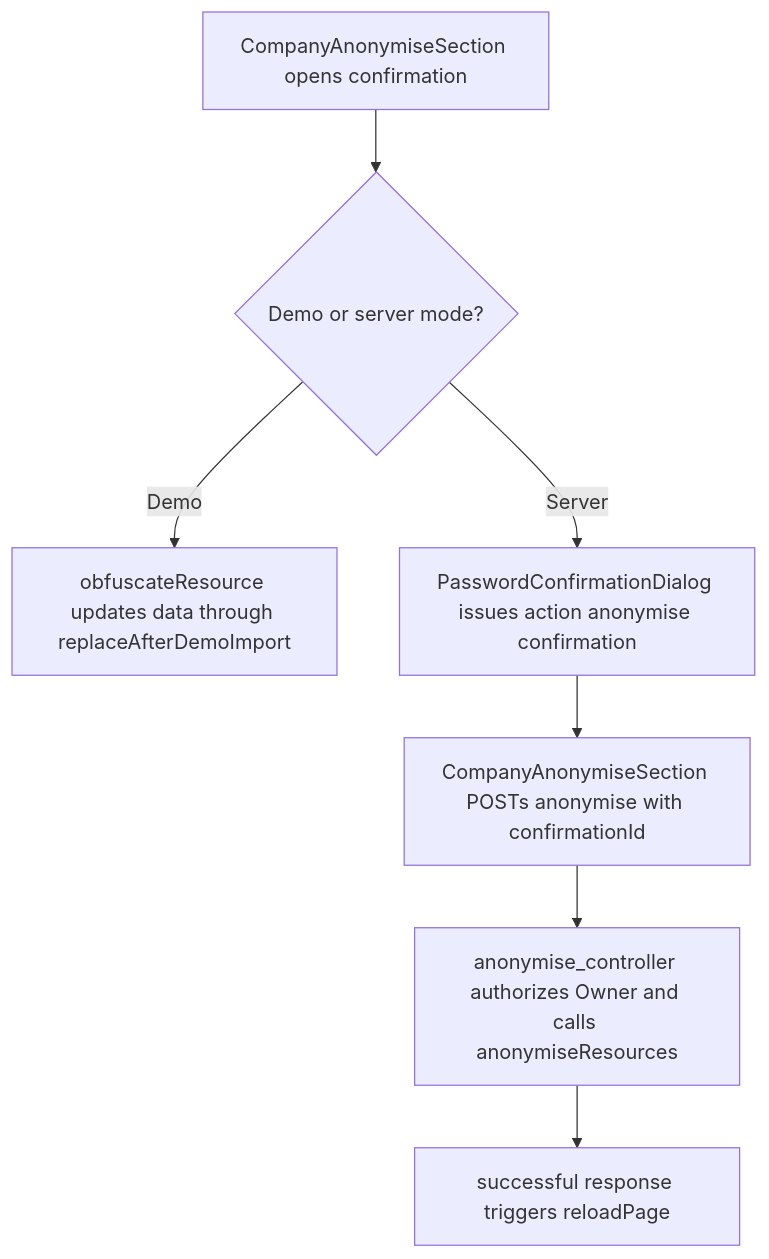
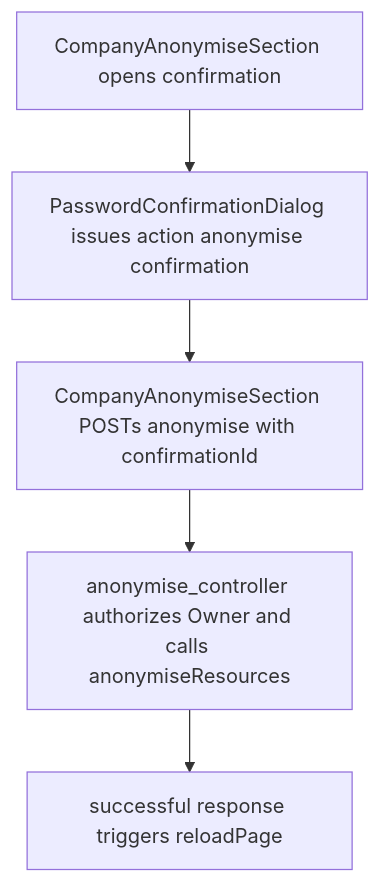
Before and after one commit to Kevinjohn/capacitylens: the second of 2 diagrams in user-stories/settings/US-SET-26-anonymise-all-people.md, drawn with Mermaid. The commit also changed other lines of this file and 343 other files, not shown here.

Commit message:
feat: use server-owned company planning and a disposable development demo

````diff
--- a/user-stories/settings/US-SET-26-anonymise-all-people.md
+++ b/user-stories/settings/US-SET-26-anonymise-all-people.md
@@ -37,9 +35,7 @@
 ```mermaid
 flowchart TD
-  button["CompanyAnonymiseSection opens confirmation"] --> mode{"Demo or server mode?"}
-  mode -->|"Demo"| memory["obfuscateResource updates data through replaceAfterDemoImport"]
-  mode -->|"Server"| proof["PasswordConfirmationDialog issues action anonymise confirmation"]
+  button["CompanyAnonymiseSection opens confirmation"] --> proof["PasswordConfirmationDialog issues action anonymise confirmation"]
   proof --> post["CompanyAnonymiseSection POSTs anonymise with confirmationId"]
   post --> controller["anonymise_controller authorizes Owner and calls anonymiseResources"]
   controller --> reload["successful response triggers reloadPage"]
 ```
````
